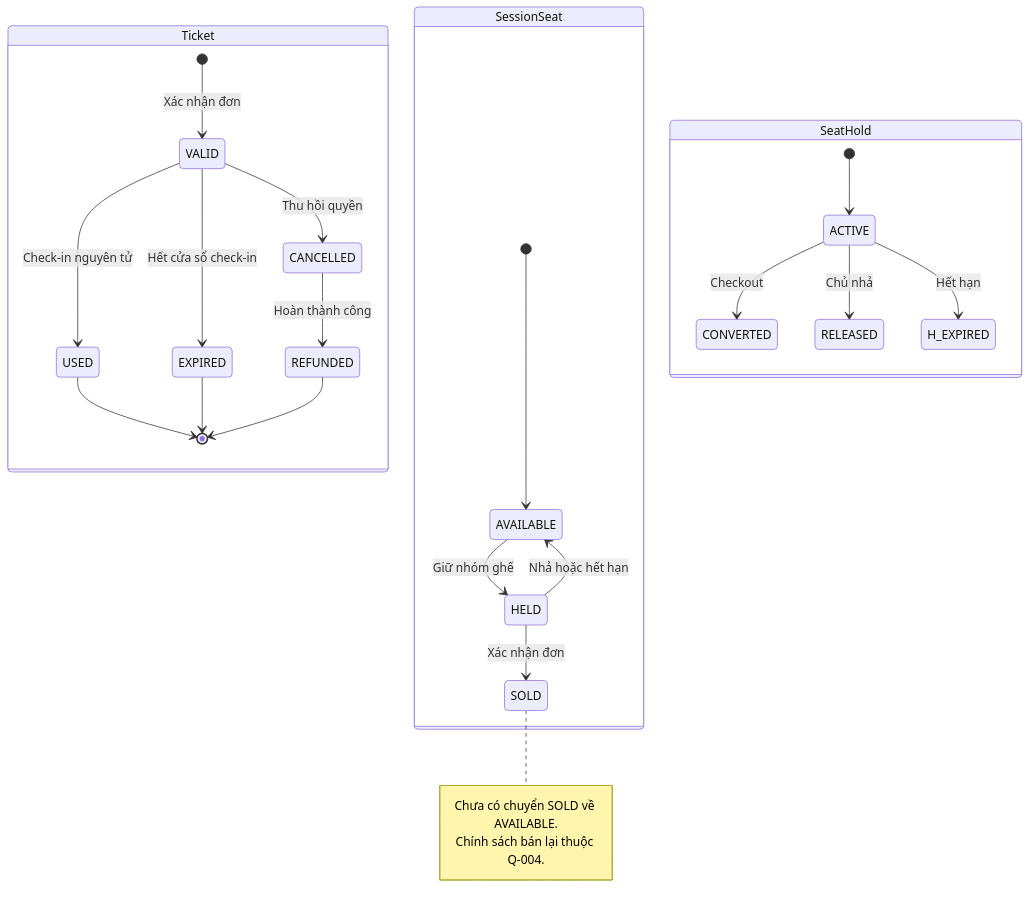
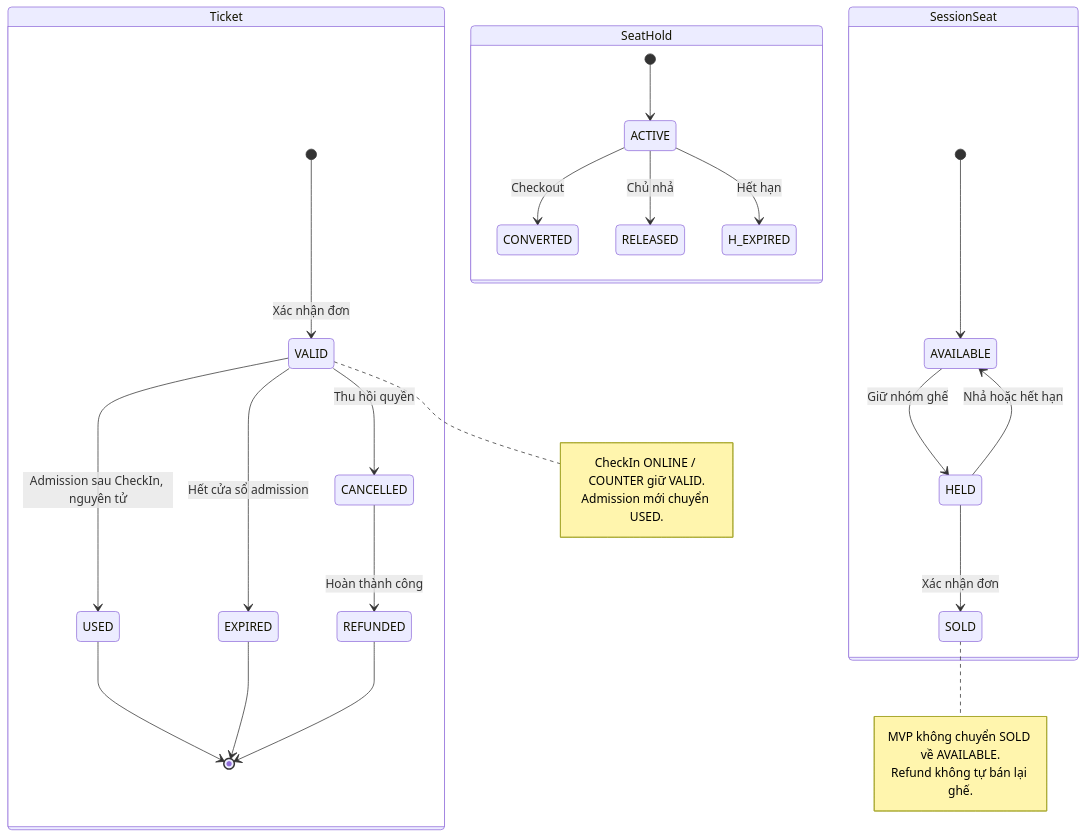
One commit to TienTrn05/Event_booking_ticket changed the diagram in docs/diagrams/16-ticket-seat-states.mmd. Above: the diagram before and after it, drawn with Mermaid. The commit also changed 56 other files, not shown here.

```diff
--- a/docs/diagrams/16-ticket-seat-states.mmd
+++ b/docs/diagrams/16-ticket-seat-states.mmd
@@ -1,27 +1,32 @@
 stateDiagram-v2
     state "Ticket" as Ticket {
       [*] --> VALID: Xác nhận đơn
-      VALID --> USED: Check-in nguyên tử
+      VALID --> USED: Admission sau CheckIn, nguyên tử
       VALID --> CANCELLED: Thu hồi quyền
-      VALID --> EXPIRED: Hết cửa sổ check-in
+      VALID --> EXPIRED: Hết cửa sổ admission
       CANCELLED --> REFUNDED: Hoàn thành công
       USED --> [*]
       EXPIRED --> [*]
       REFUNDED --> [*]
     }
     state "SessionSeat" as Seat {
       [*] --> AVAILABLE
       AVAILABLE --> HELD: Giữ nhóm ghế
       HELD --> SOLD: Xác nhận đơn
       HELD --> AVAILABLE: Nhả hoặc hết hạn
     }
     state "SeatHold" as Hold {
       [*] --> ACTIVE
       ACTIVE --> CONVERTED: Checkout
       ACTIVE --> RELEASED: Chủ nhả
       ACTIVE --> H_EXPIRED: Hết hạn
     }
     note right of SOLD
-      Chưa có chuyển SOLD về AVAILABLE.
-      Chính sách bán lại thuộc Q-004.
+      MVP không chuyển SOLD về AVAILABLE.
+      Refund không tự bán lại ghế.
     end note
+
+    note right of VALID
+      CheckIn ONLINE / COUNTER giữ VALID.
+      Admission mới chuyển USED.
+    end note
```
